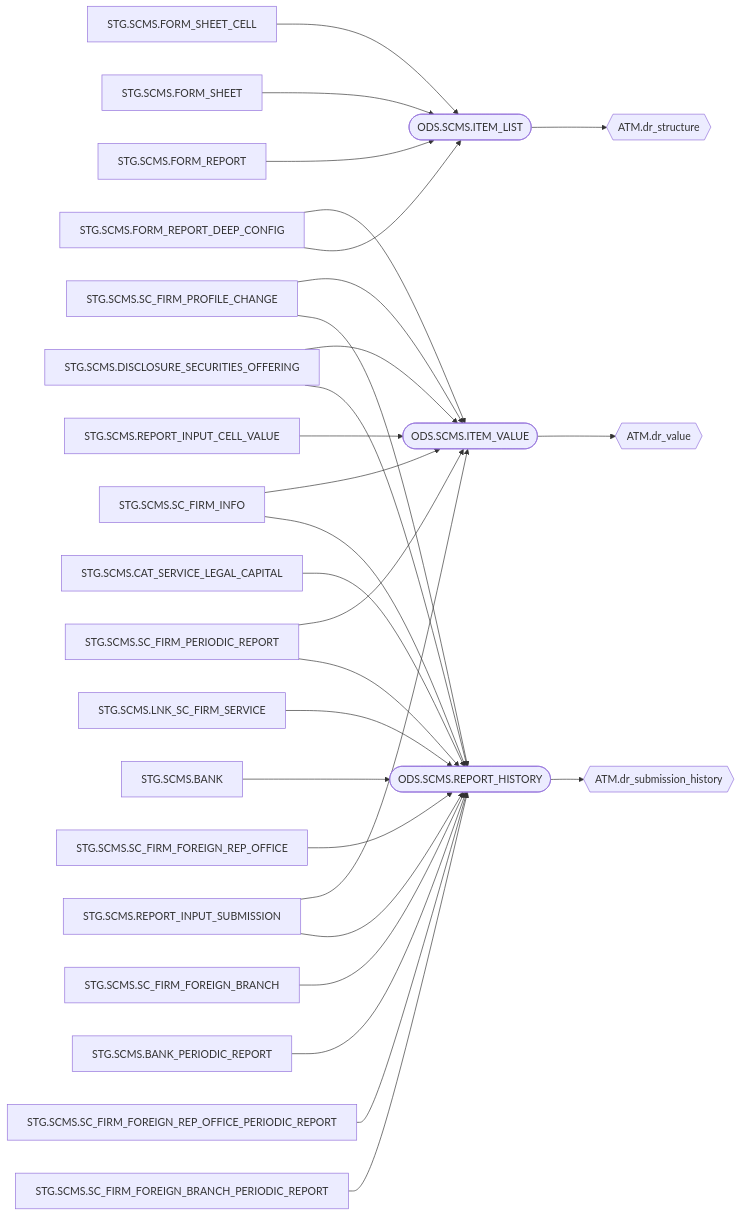
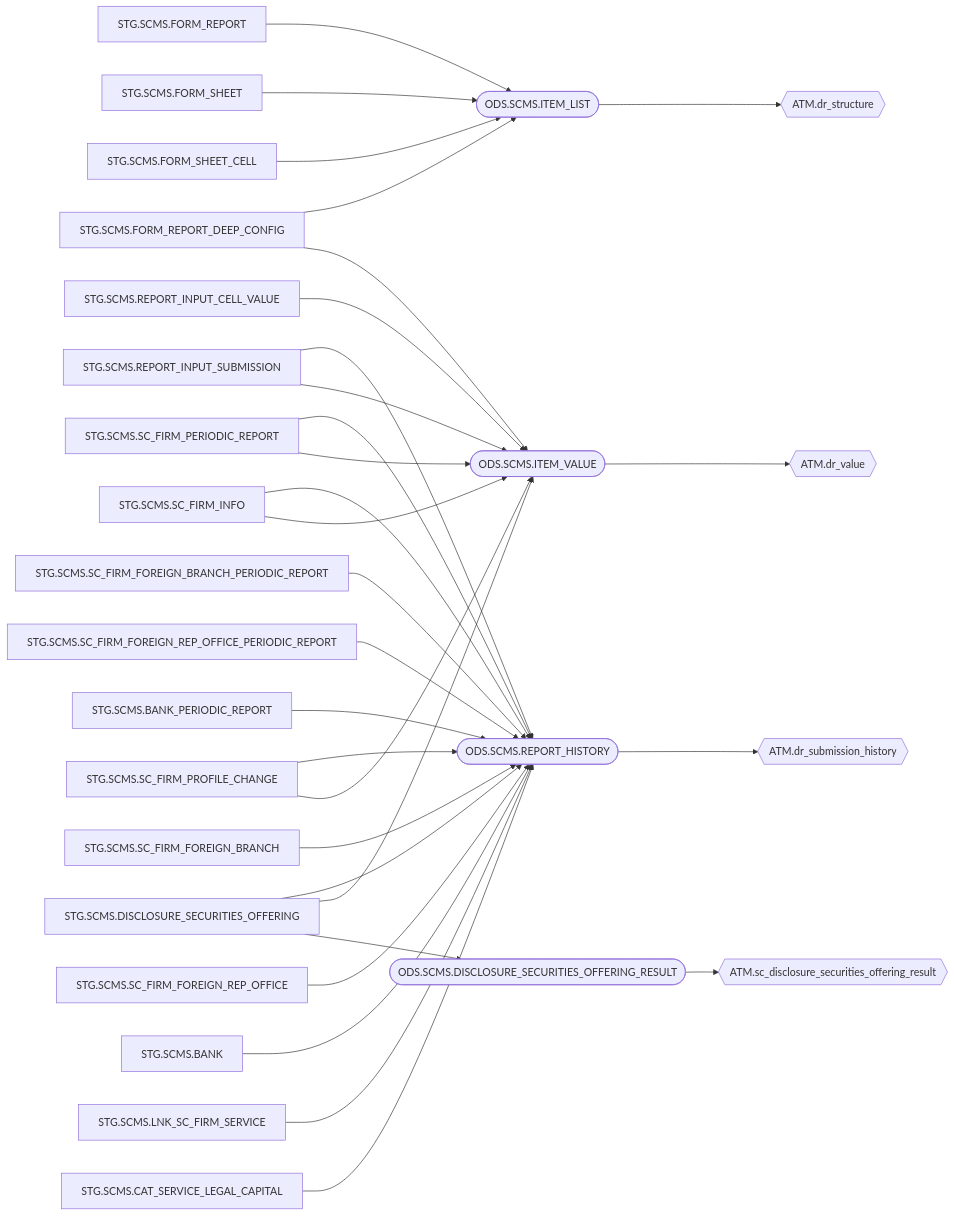
Before and after one commit to linhlvit/ubck_atomic_design: the fourth of 6 diagrams in DataModel/ODS/ODS_STG_Mapping.md, drawn with Mermaid. The commit also changed other lines of this file and 10 other files, not shown here.

Commit message:
feature_atm/update scms

````diff
--- a/DataModel/ODS/ODS_STG_Mapping.md
+++ b/DataModel/ODS/ODS_STG_Mapping.md
@@ -803,54 +811,58 @@
 ```mermaid
 flowchart LR
   n0["STG.SCMS.FORM_REPORT"]
   n1(["ODS.SCMS.ITEM_LIST"])
   n2["STG.SCMS.FORM_REPORT_DEEP_CONFIG"]
   n3["STG.SCMS.FORM_SHEET"]
   n4["STG.SCMS.FORM_SHEET_CELL"]
   n5{{"ATM.dr_structure"}}
   n6["STG.SCMS.REPORT_INPUT_SUBMISSION"]
   n7(["ODS.SCMS.REPORT_HISTORY"])
   n8["STG.SCMS.SC_FIRM_PERIODIC_REPORT"]
   n9["STG.SCMS.SC_FIRM_FOREIGN_BRANCH_PERIODIC_REPORT"]
   n10["STG.SCMS.SC_FIRM_FOREIGN_REP_OFFICE_PERIODIC_REPORT"]
   n11["STG.SCMS.BANK_PERIODIC_REPORT"]
   n12["STG.SCMS.SC_FIRM_INFO"]
   n13["STG.SCMS.SC_FIRM_FOREIGN_BRANCH"]
   n14["STG.SCMS.SC_FIRM_FOREIGN_REP_OFFICE"]
   n15["STG.SCMS.BANK"]
   n16["STG.SCMS.LNK_SC_FIRM_SERVICE"]
   n17["STG.SCMS.CAT_SERVICE_LEGAL_CAPITAL"]
   n18["STG.SCMS.DISCLOSURE_SECURITIES_OFFERING"]
   n19["STG.SCMS.SC_FIRM_PROFILE_CHANGE"]
   n20{{"ATM.dr_submission_history"}}
   n21["STG.SCMS.REPORT_INPUT_CELL_VALUE"]
   n22(["ODS.SCMS.ITEM_VALUE"])
   n23{{"ATM.dr_value"}}
+  n24(["ODS.SCMS.DISCLOSURE_SECURITIES_OFFERING_RESULT"])
+  n25{{"ATM.sc_disclosure_securities_offering_result"}}
   n0 --> n1
   n2 --> n1
   n3 --> n1
   n4 --> n1
   n1 --> n5
   n6 --> n7
   n8 --> n7
   n9 --> n7
   n10 --> n7
   n11 --> n7
   n12 --> n7
   n13 --> n7
   n14 --> n7
   n15 --> n7
   n16 --> n7
   n17 --> n7
   n18 --> n7
   n19 --> n7
   n7 --> n20
   n21 --> n22
   n6 --> n22
   n2 --> n22
   n18 --> n22
   n12 --> n22
   n19 --> n22
   n8 --> n22
   n22 --> n23
+  n18 --> n24
+  n24 --> n25
 ```
````
